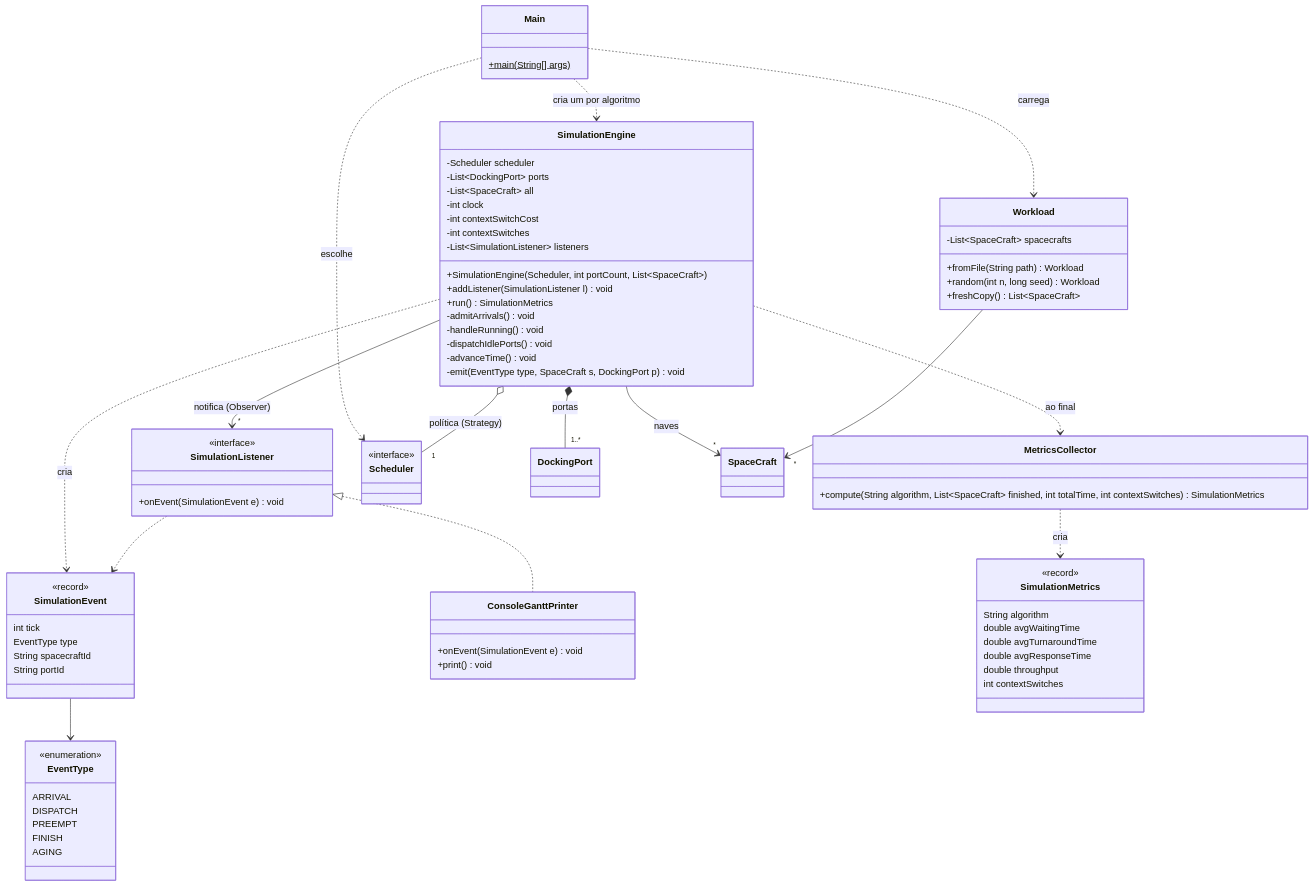
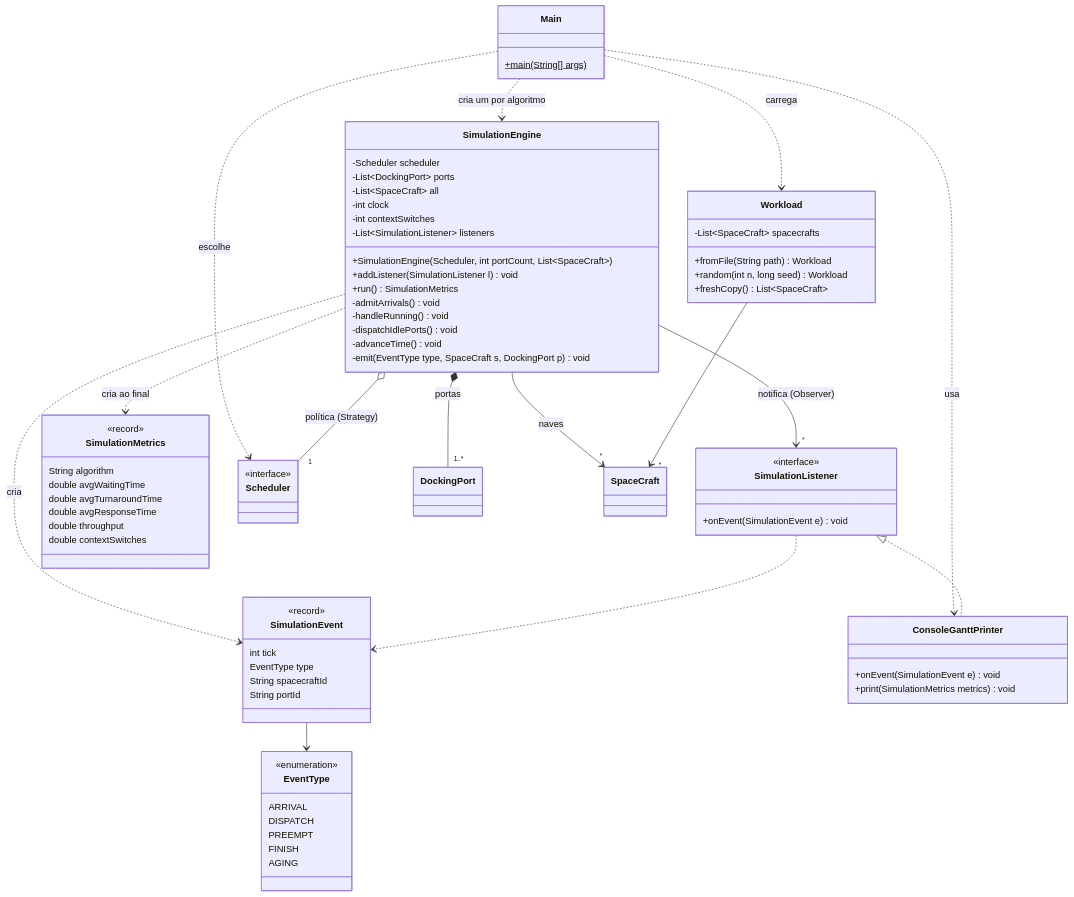
One commit to Felipe-Tagawa/Promethean changed the third of 6 diagrams in docs/uml/README.md. Above: the diagram before and after it, drawn with Mermaid. The commit also changed other lines of this file and 1 other file, not shown here.

````diff
--- a/docs/uml/README.md
+++ b/docs/uml/README.md
@@ -223,7 +221,6 @@
         -List~DockingPort~ ports
         -List~SpaceCraft~ all
         -int clock
-        -int contextSwitchCost
         -int contextSwitches
         -List~SimulationListener~ listeners
         +SimulationEngine(Scheduler, int portCount, List~SpaceCraft~)
@@ -260,11 +257,7 @@
 
     class ConsoleGanttPrinter {
         +onEvent(SimulationEvent e) void
-        +print() void
-    }
-
-    class MetricsCollector {
-        +compute(String algorithm, List~SpaceCraft~ finished, int totalTime, int contextSwitches) SimulationMetrics
+        +print(SimulationMetrics metrics) void
     }
 
     class SimulationMetrics {
@@ -274,7 +267,7 @@
         double avgTurnaroundTime
         double avgResponseTime
         double throughput
-        int contextSwitches
+        double contextSwitches
     }
 
     class Scheduler {
@@ -286,15 +279,15 @@
     Main ..> Workload : carrega
     Main ..> SimulationEngine : cria um por algoritmo
     Main ..> Scheduler : escolhe
+    Main ..> ConsoleGanttPrinter : usa
     SimulationEngine o-- "1" Scheduler : política (Strategy)
     SimulationEngine *-- "1..*" DockingPort : portas
     SimulationEngine --> "*" SpaceCraft : naves
     SimulationEngine --> "*" SimulationListener : notifica (Observer)
-    SimulationEngine ..> MetricsCollector : ao final
+    SimulationEngine ..> SimulationMetrics : cria ao final
     SimulationEngine ..> SimulationEvent : cria
     SimulationListener <|.. ConsoleGanttPrinter
     SimulationListener ..> SimulationEvent
     SimulationEvent --> EventType
-    MetricsCollector ..> SimulationMetrics : cria
     Workload --> "*" SpaceCraft
 ```
````
